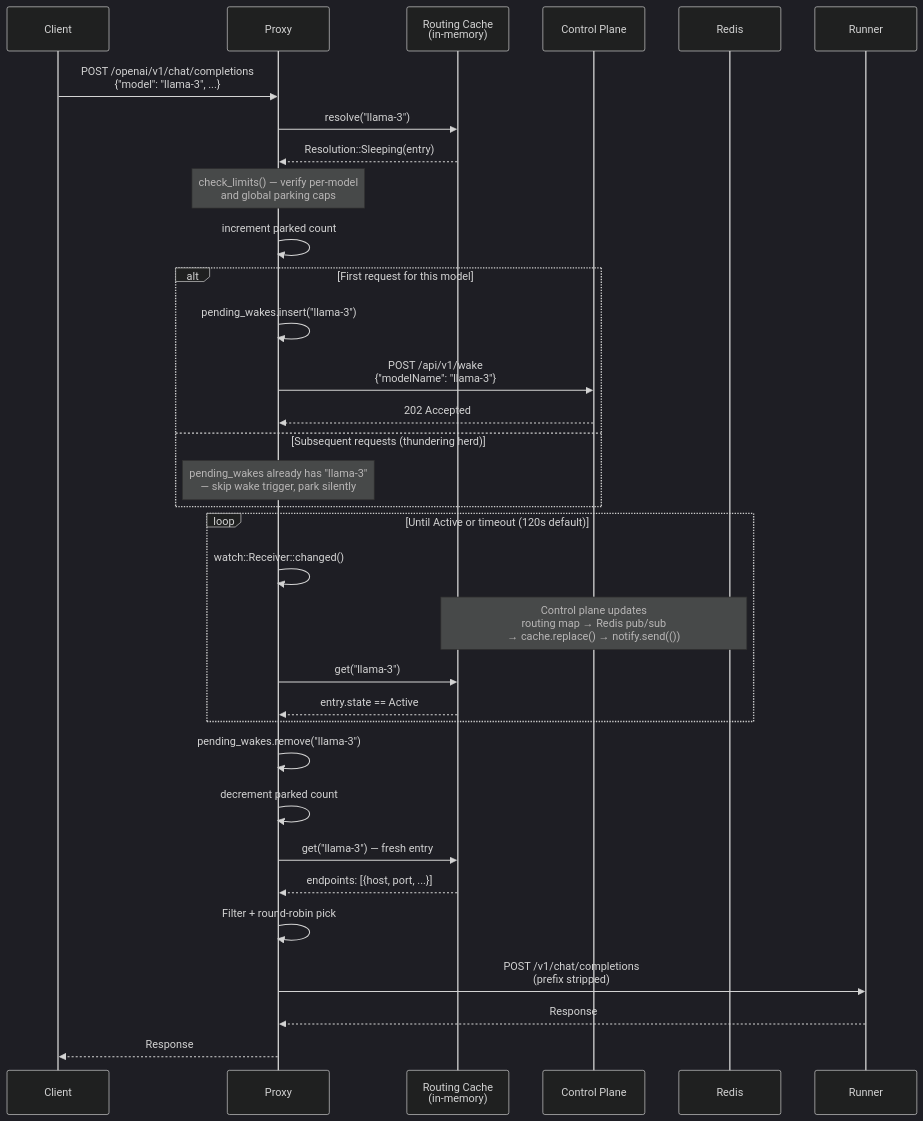
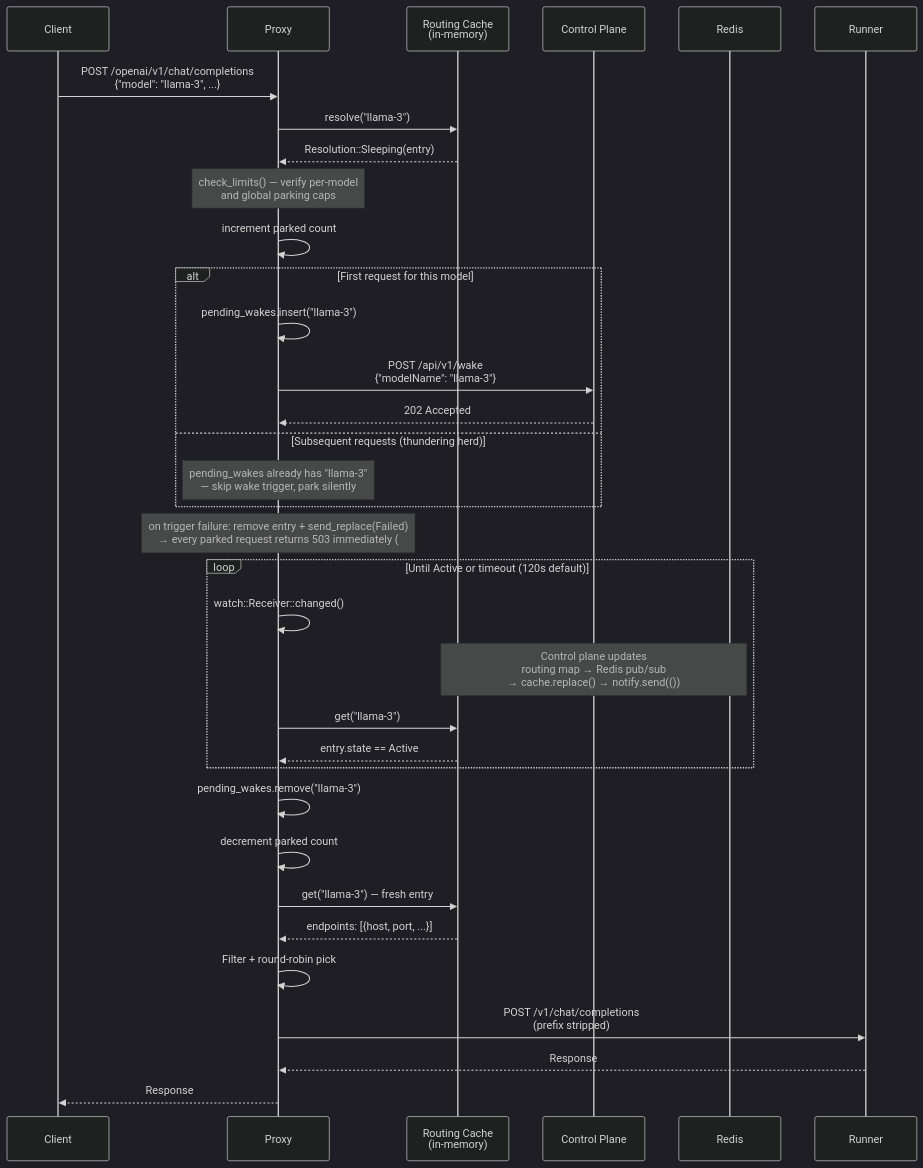
One commit to rh-aiservices-bu/school-of-sardeenz changed the second of 4 diagrams in docs/architecture/components/proxy.md. Above: the diagram before and after it, drawn with Mermaid (dark theme). The commit also changed other lines of this file and 5 other files, not shown here.

````diff
--- a/docs/architecture/components/proxy.md
+++ b/docs/architecture/components/proxy.md
@@ -96,41 +96,43 @@
 ```mermaid
 sequenceDiagram
     participant Client
     participant Proxy
     participant Cache as Routing Cache<br/>(in-memory)
     participant CP as Control Plane
     participant Redis
     participant Runner
 
     Client->>Proxy: POST /openai/v1/chat/completions<br/>{"model": "llama-3", ...}
     Proxy->>Cache: resolve("llama-3")
     Cache-->>Proxy: Resolution::Sleeping(entry)
 
     Note over Proxy: check_limits() — verify per-model<br/>and global parking caps
     Proxy->>Proxy: increment parked count
 
     alt First request for this model
         Proxy->>Proxy: pending_wakes.insert("llama-3")
         Proxy->>CP: POST /api/v1/wake<br/>{"modelName": "llama-3"}
         CP-->>Proxy: 202 Accepted
     else Subsequent requests (thundering herd)
         Note over Proxy: pending_wakes already has "llama-3"<br/>— skip wake trigger, park silently
     end
 
+    Note over Proxy: on trigger failure: remove entry + send_replace(Failed)<br/>→ every parked request returns 503 immediately (#245)
+
     loop Until Active or timeout (120s default)
         Proxy->>Proxy: watch::Receiver::changed()
         Note over Redis,Cache: Control plane updates<br/>routing map → Redis pub/sub<br/>→ cache.replace() → notify.send(())
         Proxy->>Cache: get("llama-3")
         Cache-->>Proxy: entry.state == Active
     end
 
     Proxy->>Proxy: pending_wakes.remove("llama-3")
     Proxy->>Proxy: decrement parked count
     Proxy->>Cache: get("llama-3") — fresh entry
     Cache-->>Proxy: endpoints: [{host, port, ...}]
 
     Proxy->>Proxy: Filter + round-robin pick
     Proxy->>Runner: POST /v1/chat/completions<br/>(prefix stripped)
     Runner-->>Proxy: Response
     Proxy-->>Client: Response
 ```
````
